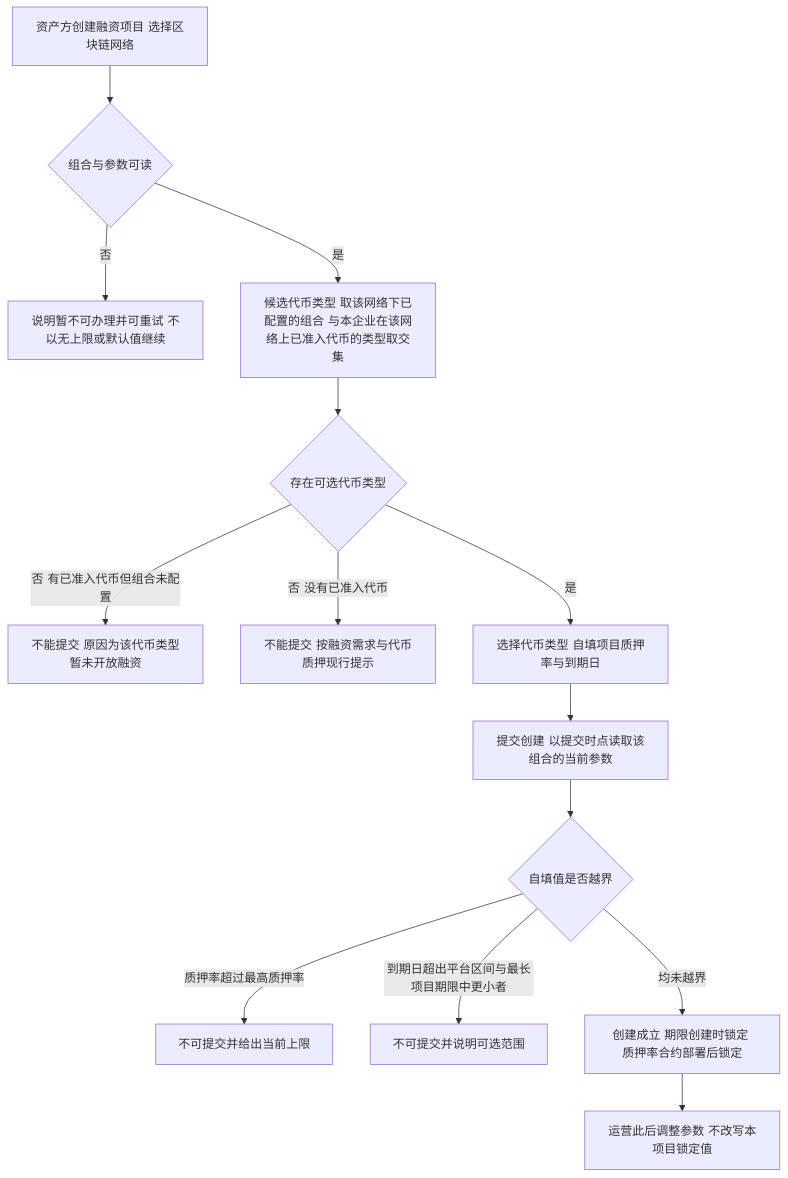
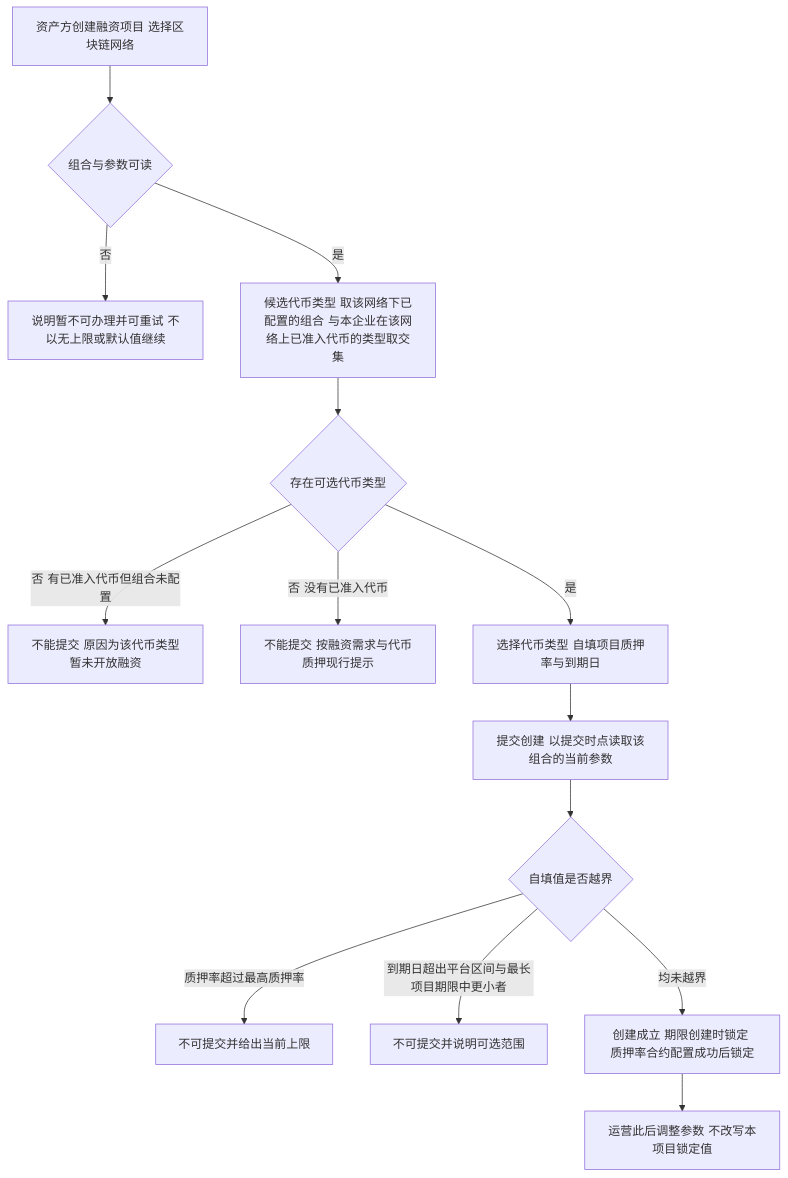
The third of 5 diagrams in lending-platform/PRD/运营端/02-运营端融资参数配置/02-运营端融资参数配置-流程图与状态机.md (wxblockchain/Chain-Financing), drawn with Mermaid before and after one commit. The commit also changed other lines of this file and 37 other files, not shown here.

````diff
--- a/lending-platform/PRD/运营端/02-运营端融资参数配置/02-运营端融资参数配置-流程图与状态机.md
+++ b/lending-platform/PRD/运营端/02-运营端融资参数配置/02-运营端融资参数配置-流程图与状态机.md
@@ -70,16 +70,16 @@
 ```mermaid
 flowchart TD
     A[资产方创建融资项目 选择区块链网络] --> B{组合与参数可读}
     B -->|否| C[说明暂不可办理并可重试 不以无上限或默认值继续]
     B -->|是| D[候选代币类型 取该网络下已配置的组合 与本企业在该网络上已准入代币的类型取交集]
     D --> E{存在可选代币类型}
     E -->|否 有已准入代币但组合未配置| F[不能提交 原因为该代币类型暂未开放融资]
     E -->|否 没有已准入代币| G[不能提交 按融资需求与代币质押现行提示]
     E -->|是| H[选择代币类型 自填项目质押率与到期日]
     H --> I[提交创建 以提交时点读取该组合的当前参数]
     I --> J{自填值是否越界}
     J -->|质押率超过最高质押率| K[不可提交并给出当前上限]
     J -->|到期日超出平台区间与最长项目期限中更小者| L[不可提交并说明可选范围]
-    J -->|均未越界| M[创建成立 期限创建时锁定 质押率合约部署后锁定]
+    J -->|均未越界| M[创建成立 期限创建时锁定 质押率合约配置成功后锁定]
     M --> N[运营此后调整参数 不改写本项目锁定值]
 ```
````
